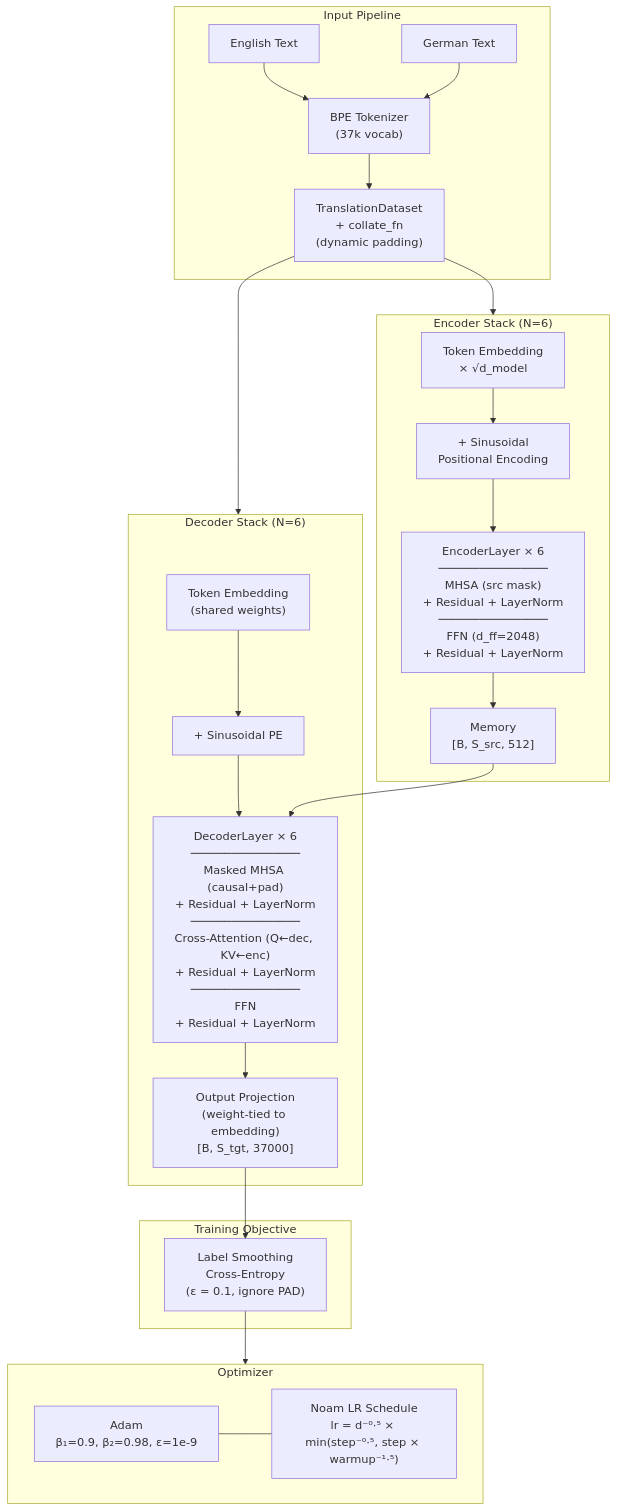
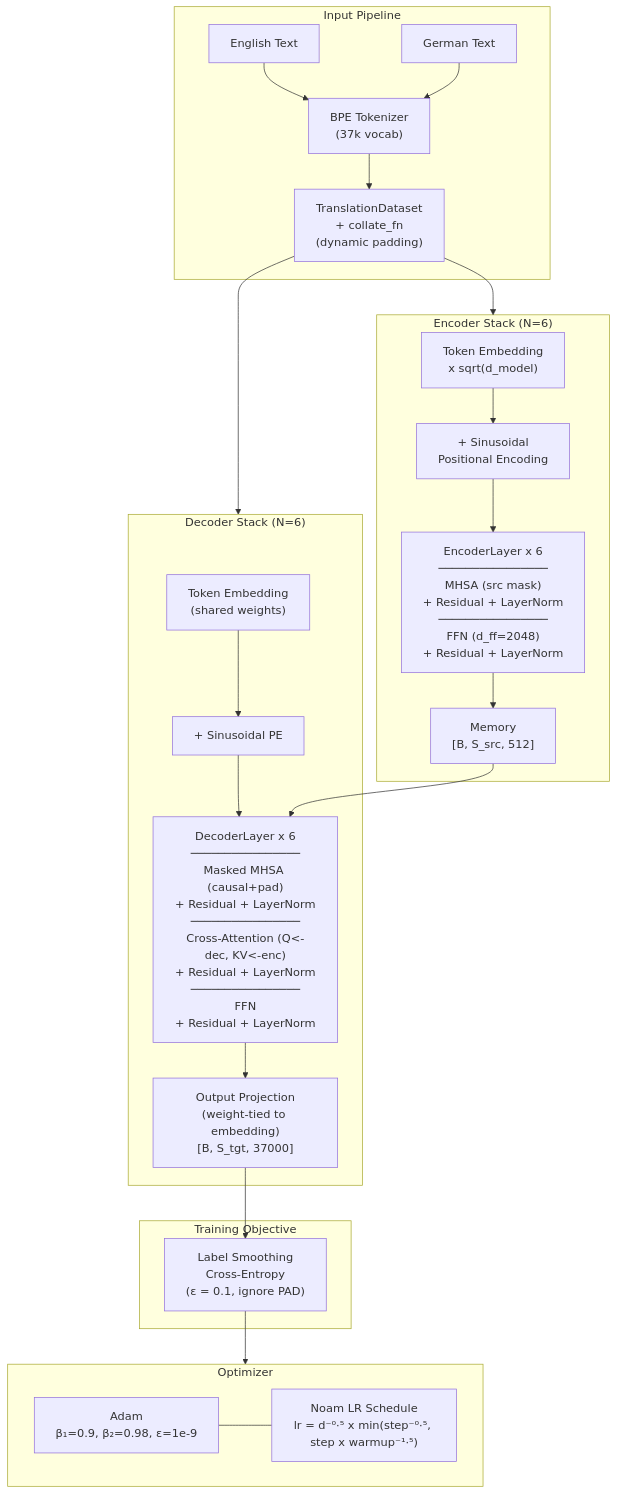
Before and after one commit to nabeelshan78/attention-is-all-you-need-scratch: the diagram in README.md, drawn with Mermaid. The commit also changed other lines of this file, not shown here.

````diff
--- a/README.md
+++ b/README.md
@@ -61,35 +59,35 @@
 ```mermaid
 flowchart TD
     subgraph INPUT["Input Pipeline"]
         A["English Text"] --> B["BPE Tokenizer\n(37k vocab)"]
         C["German Text"] --> B
         B --> D["TranslationDataset\n+ collate_fn\n(dynamic padding)"]
     end
 
     subgraph ENCODER["Encoder Stack (N=6)"]
-        E["Token Embedding\n× √d_model"] --> F["+ Sinusoidal\nPositional Encoding"]
-        F --> G["EncoderLayer × 6\n────────────────\nMHSA (src mask)\n+ Residual + LayerNorm\n────────────────\nFFN (d_ff=2048)\n+ Residual + LayerNorm"]
+        E["Token Embedding\nx sqrt(d_model)"] --> F["+ Sinusoidal\nPositional Encoding"]
+        F --> G["EncoderLayer x 6\n────────────────\nMHSA (src mask)\n+ Residual + LayerNorm\n────────────────\nFFN (d_ff=2048)\n+ Residual + LayerNorm"]
         G --> H["Memory\n[B, S_src, 512]"]
     end
 
     subgraph DECODER["Decoder Stack (N=6)"]
         I["Token Embedding\n(shared weights)"] --> J["+ Sinusoidal PE"]
-        J --> K["DecoderLayer × 6\n────────────────\nMasked MHSA (causal+pad)\n+ Residual + LayerNorm\n────────────────\nCross-Attention (Q←dec, KV←enc)\n+ Residual + LayerNorm\n────────────────\nFFN\n+ Residual + LayerNorm"]
+        J --> K["DecoderLayer x 6\n────────────────\nMasked MHSA (causal+pad)\n+ Residual + LayerNorm\n────────────────\nCross-Attention (Q<-dec, KV<-enc)\n+ Residual + LayerNorm\n────────────────\nFFN\n+ Residual + LayerNorm"]
         H --> K
         K --> L["Output Projection\n(weight-tied to embedding)\n[B, S_tgt, 37000]"]
     end
 
     subgraph LOSS["Training Objective"]
         L --> M["Label Smoothing\nCross-Entropy\n(ε = 0.1, ignore PAD)"]
     end
 
     subgraph OPTIM["Optimizer"]
         N["Adam\nβ₁=0.9, β₂=0.98, ε=1e-9"]
-        O["Noam LR Schedule\nlr = d⁻⁰·⁵ × min(step⁻⁰·⁵, step × warmup⁻¹·⁵)"]
+        O["Noam LR Schedule\nlr = d⁻⁰·⁵ x min(step⁻⁰·⁵, step x warmup⁻¹·⁵)"]
         N --- O
     end
 
     D --> ENCODER
     D --> DECODER
     M --> OPTIM
 ```
````
